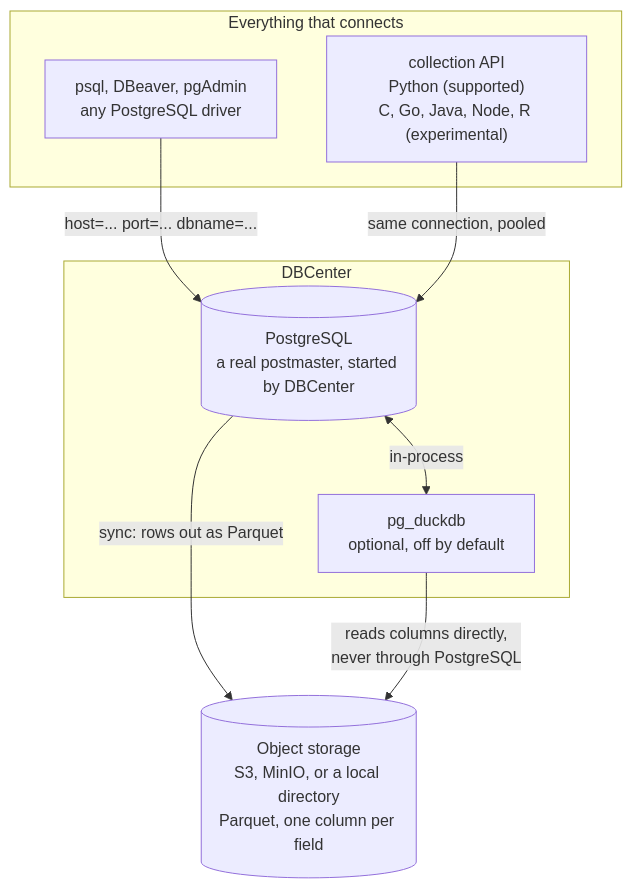
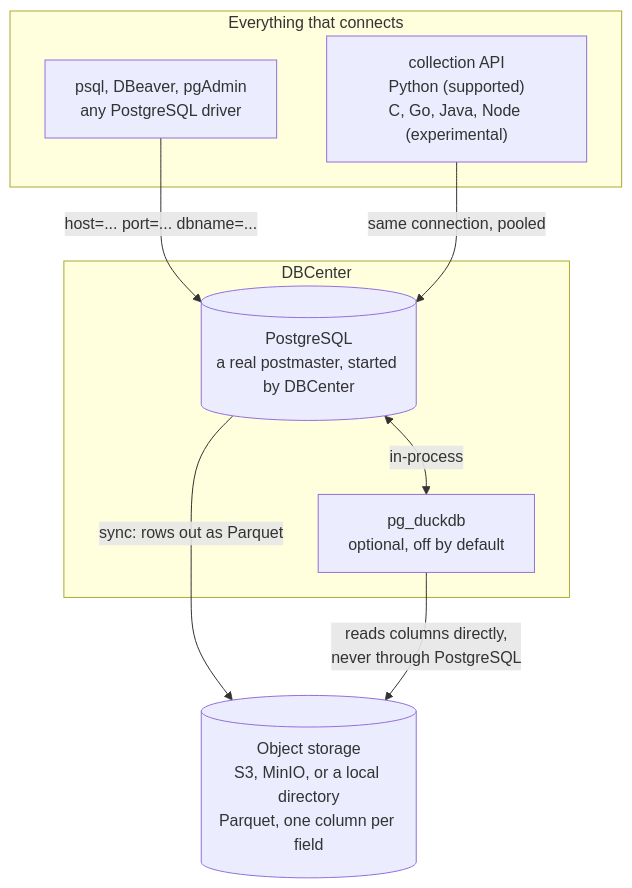
Before and after one commit to heyobi/dbcenter: the first of 5 diagrams in README.md, drawn with Mermaid. The commit also changed other lines of this file and 6 other files, not shown here.

````diff
--- a/README.md
+++ b/README.md
@@ -122,20 +122,20 @@
 ```mermaid
 flowchart TB
     subgraph clients["Everything that connects"]
         driver["psql, DBeaver, pgAdmin<br/>any PostgreSQL driver"]
-        api["collection API<br/>Python (supported)<br/>C, Go, Java, Node, R (experimental)"]
+        api["collection API<br/>Python (supported)<br/>C, Go, Java, Node (experimental)"]
     end
 
     subgraph engine["DBCenter"]
         pg[("PostgreSQL<br/>a real postmaster, started by DBCenter")]
         duck["pg_duckdb<br/>optional, off by default"]
     end
 
     store[("Object storage<br/>S3, MinIO, or a local directory<br/>Parquet, one column per field")]
 
     driver -->|"host=... port=... dbname=..."| pg
     api -->|"same connection, pooled"| pg
     pg <-->|"in-process"| duck
     pg -->|"sync: rows out as Parquet"| store
     duck -->|"reads columns directly,<br/>never through PostgreSQL"| store
 ```
````
